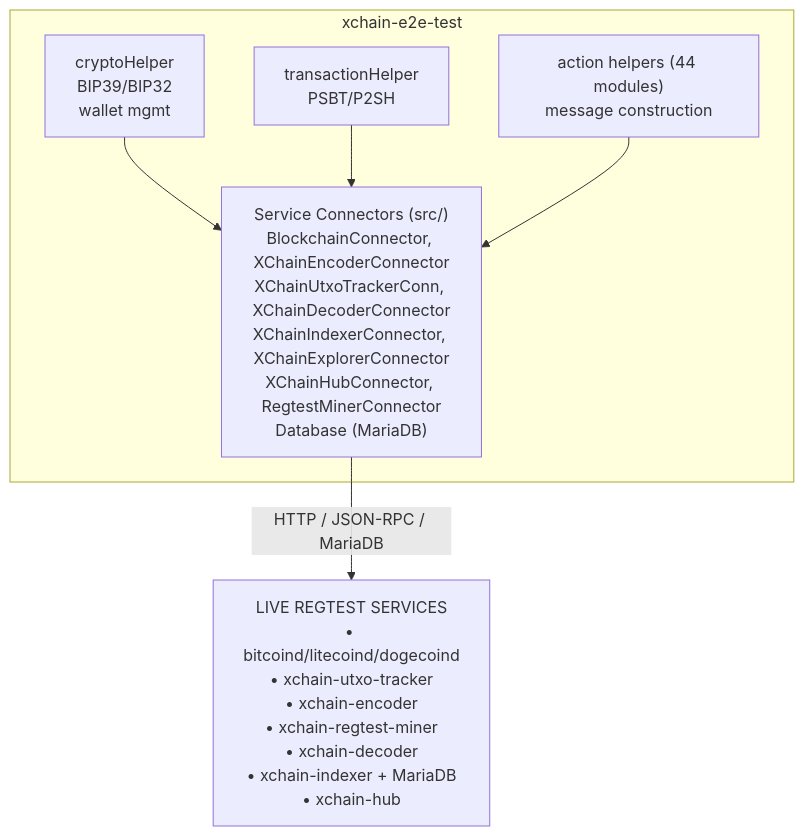
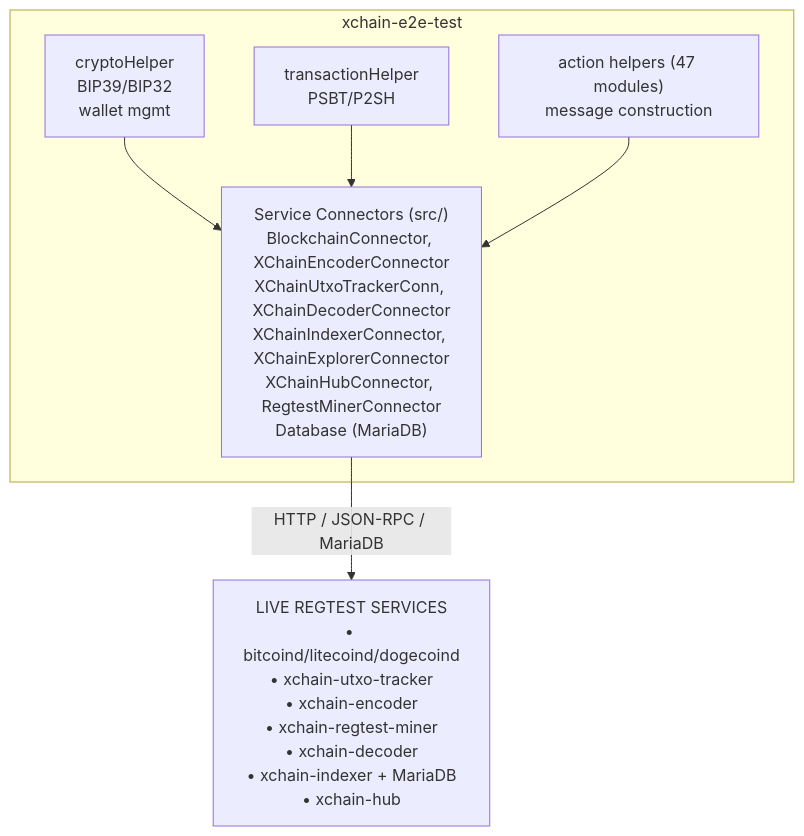
The second of 2 diagrams in components/e2e-test/README.md (XChain-Platform/xchain-documentation), drawn with Mermaid before and after one commit. The commit also changed 1 other file, not shown here.

Commit message:
e2e-test: the helper layer is 47 modules, not 44
The oracle batch work added three helpers (venue, replay rig, drive) and the
published counts were never moved with them, which reds the count guard in
xchain-e2e-test that reads these two files.

````diff
--- a/components/e2e-test/README.md
+++ b/components/e2e-test/README.md
@@ -65,14 +65,14 @@
 ```mermaid
 flowchart TD
     subgraph E2E["xchain-e2e-test"]
         CH["cryptoHelper<br>BIP39/BIP32<br>wallet mgmt"]
         TH["transactionHelper<br>PSBT/P2SH"]
-        AH["action helpers (44 modules)<br>message construction"]
+        AH["action helpers (47 modules)<br>message construction"]
         SC["Service Connectors (src/)<br>BlockchainConnector, XChainEncoderConnector<br>XChainUtxoTrackerConn, XChainDecoderConnector<br>XChainIndexerConnector, XChainExplorerConnector<br>XChainHubConnector, RegtestMinerConnector<br>Database (MariaDB)"]
         CH --> SC
         TH --> SC
         AH --> SC
     end
     SVC["LIVE REGTEST SERVICES<br>• bitcoind/litecoind/dogecoind<br>• xchain-utxo-tracker<br>• xchain-encoder<br>• xchain-regtest-miner<br>• xchain-decoder<br>• xchain-indexer + MariaDB<br>• xchain-hub"]
     SC -->|HTTP / JSON-RPC / MariaDB| SVC
 ```
````
